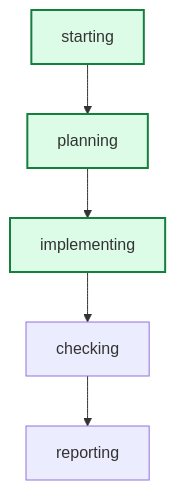
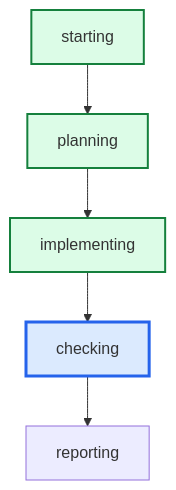
One commit to daniell0gda/hermes-feature-check-dashboard changed the diagram in runs/issue116-game-ready-blocks-map-load-r6/graph.mmd. Above: the diagram before and after it, drawn with Mermaid. The commit also changed 11 other files, not shown here.

```diff
--- a/runs/issue116-game-ready-blocks-map-load-r6/graph.mmd
+++ b/runs/issue116-game-ready-blocks-map-load-r6/graph.mmd
@@ -1,12 +1,13 @@
 graph TD
     starting --> planning
     planning --> implementing
     implementing --> checking
     checking --> reporting
 
 classDef done fill:#dcfce7,stroke:#15803d,stroke-width:2px;
 classDef active fill:#dbeafe,stroke:#2563eb,stroke-width:3px;
 classDef failed fill:#fee2e2,stroke:#b42318,stroke-width:2px;
 class implementing done;
+class checking active;
 class starting done;
 class planning done;
```
